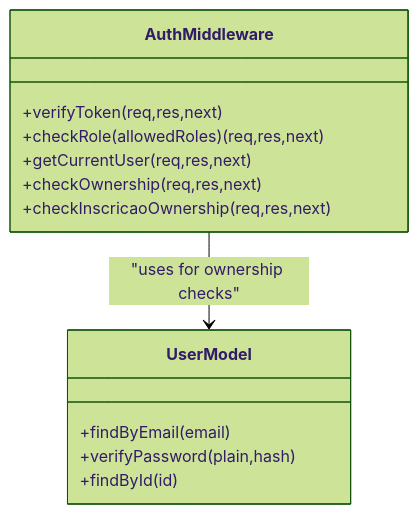
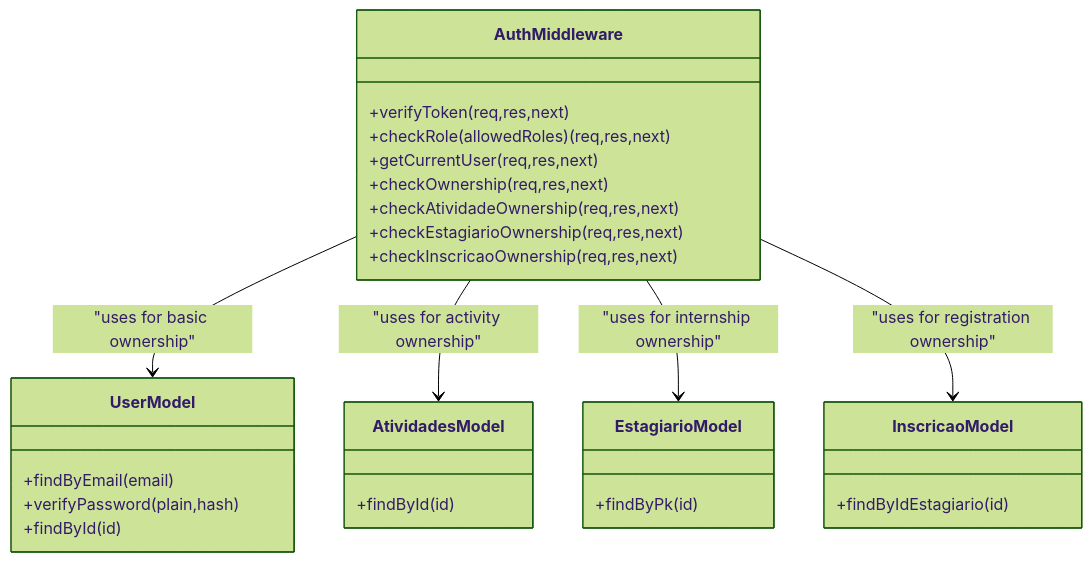
Before and after one commit to luiseduacosta/nodemural: the fifth of 10 diagrams in .qoder/repowiki/en/content/Authentication & Authorization System/Authentication & Authorization System.md, drawn with Mermaid (forest theme). The commit also changed other lines of this file and 27 other files, not shown here.

````diff
--- a/.qoder/repowiki/en/content/Authentication & Authorization System/Authentication & Authorization System.md
+++ b/.qoder/repowiki/en/content/Authentication & Authorization System/Authentication & Authorization System.md
@@ -208,16 +256,30 @@
 ```mermaid
 classDiagram
 class AuthMiddleware {
 +verifyToken(req,res,next)
 +checkRole(allowedRoles)(req,res,next)
 +getCurrentUser(req,res,next)
 +checkOwnership(req,res,next)
++checkAtividadeOwnership(req,res,next)
++checkEstagiarioOwnership(req,res,next)
 +checkInscricaoOwnership(req,res,next)
 }
 class UserModel {
 +findByEmail(email)
 +verifyPassword(plain,hash)
 +findById(id)
 }
-AuthMiddleware --> UserModel : "uses for ownership checks"
+class AtividadesModel {
++findById(id)
+}
+class EstagiarioModel {
++findByPk(id)
+}
+class InscricaoModel {
++findByIdEstagiario(id)
+}
+AuthMiddleware --> UserModel : "uses for basic ownership"
+AuthMiddleware --> AtividadesModel : "uses for activity ownership"
+AuthMiddleware --> EstagiarioModel : "uses for internship ownership"
+AuthMiddleware --> InscricaoModel : "uses for registration ownership"
 ```
````
